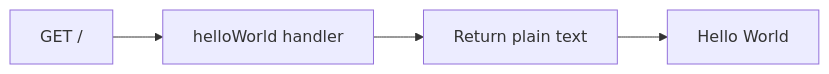
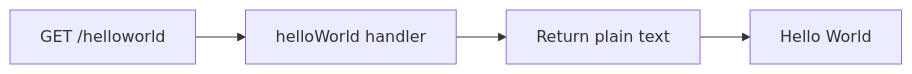
One commit to alexCikos/azFuncTemplate changed the second of 2 diagrams in knowledgeBase.md. Above: the diagram before and after it, drawn with Mermaid. The commit also changed other lines of this file and 11 other files, not shown here.

Commit message:
Align hello world deployment path

````diff
--- a/knowledgeBase.md
+++ b/knowledgeBase.md
@@ -61,6 +61,6 @@
 ```mermaid
 flowchart LR
-  A["GET /"] --> B["helloWorld handler"]
+  A["GET /helloworld"] --> B["helloWorld handler"]
   B --> C["Return plain text"]
   C --> D["Hello World"]
 ```
````
